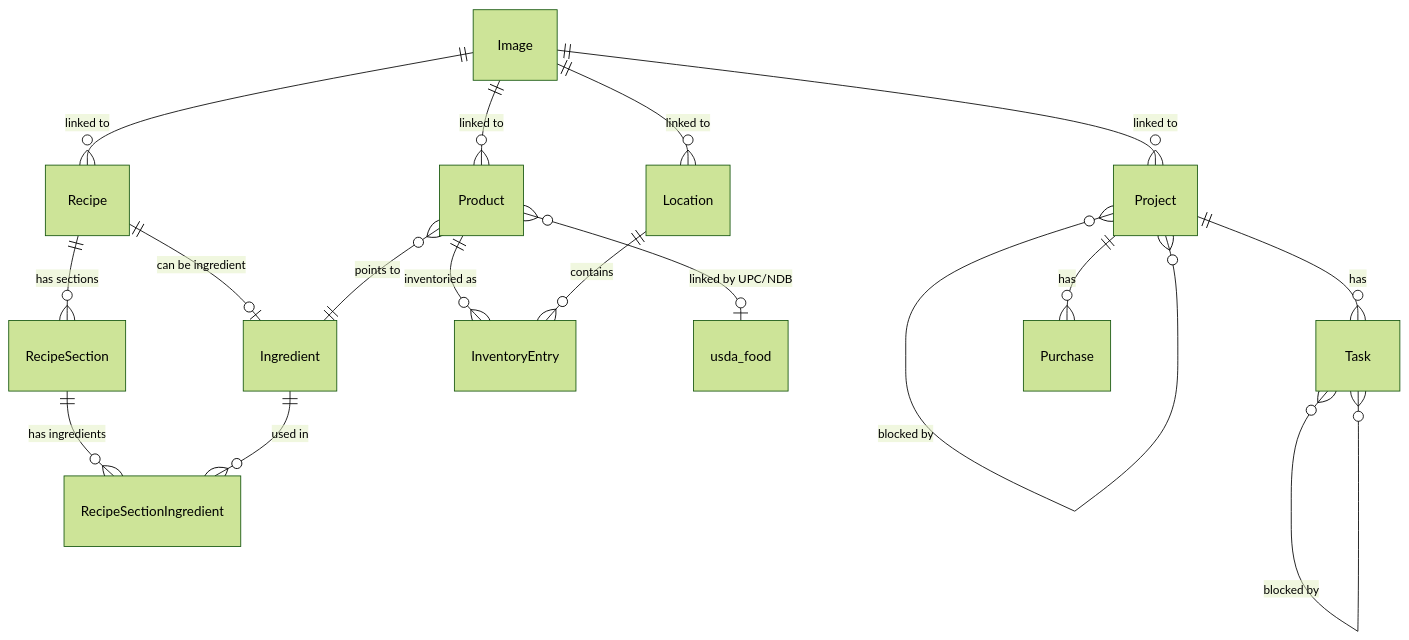
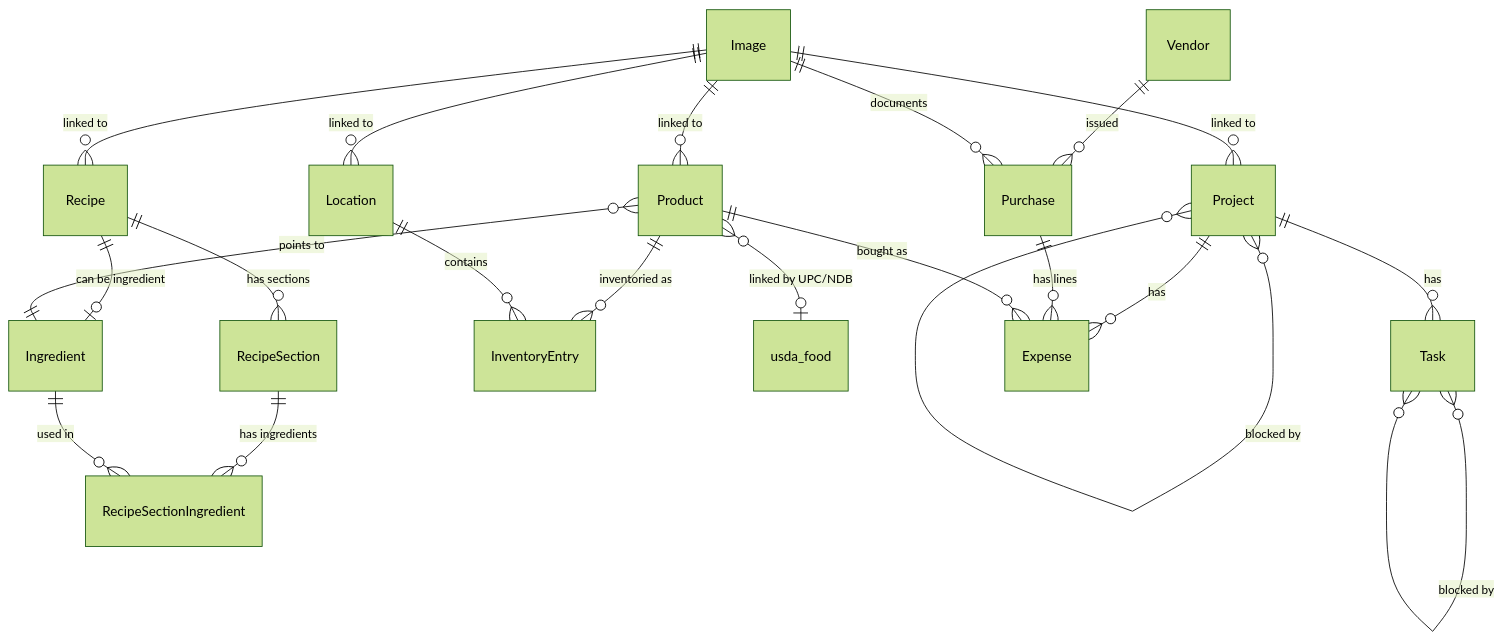
Before and after one commit to nickysemenza/cubby: the diagram in README.md, drawn with Mermaid (forest theme). The commit also changed other lines of this file and 250 other files, not shown here.

````diff
--- a/README.md
+++ b/README.md
@@ -161,24 +165,29 @@
 ```mermaid
 erDiagram
     Recipe ||--o{ RecipeSection : "has sections"
     RecipeSection ||--o{ RecipeSectionIngredient : "has ingredients"
     Ingredient ||--o{ RecipeSectionIngredient : "used in"
     Recipe ||--o| Ingredient : "can be ingredient"
 
     Product ||--o{ InventoryEntry : "inventoried as"
     Product }o--|| Ingredient : "points to"
 
     Location ||--o{ InventoryEntry : "contains"
 
     Image ||--o{ Product : "linked to"
     Image ||--o{ Location : "linked to"
     Image ||--o{ Recipe : "linked to"
 
     Product }o--o| usda_food : "linked by UPC/NDB"
 
     Project ||--o{ Task : "has"
-    Project ||--o{ Purchase : "has"
+    Project ||--o{ Expense : "has"
     Project }o--o{ Project : "blocked by"
     Task }o--o{ Task : "blocked by"
     Image ||--o{ Project : "linked to"
+
+    Vendor ||--o{ Purchase : "issued"
+    Purchase ||--o{ Expense : "has lines"
+    Image ||--o{ Purchase : "documents"
+    Product ||--o{ Expense : "bought as"
 ```
````
